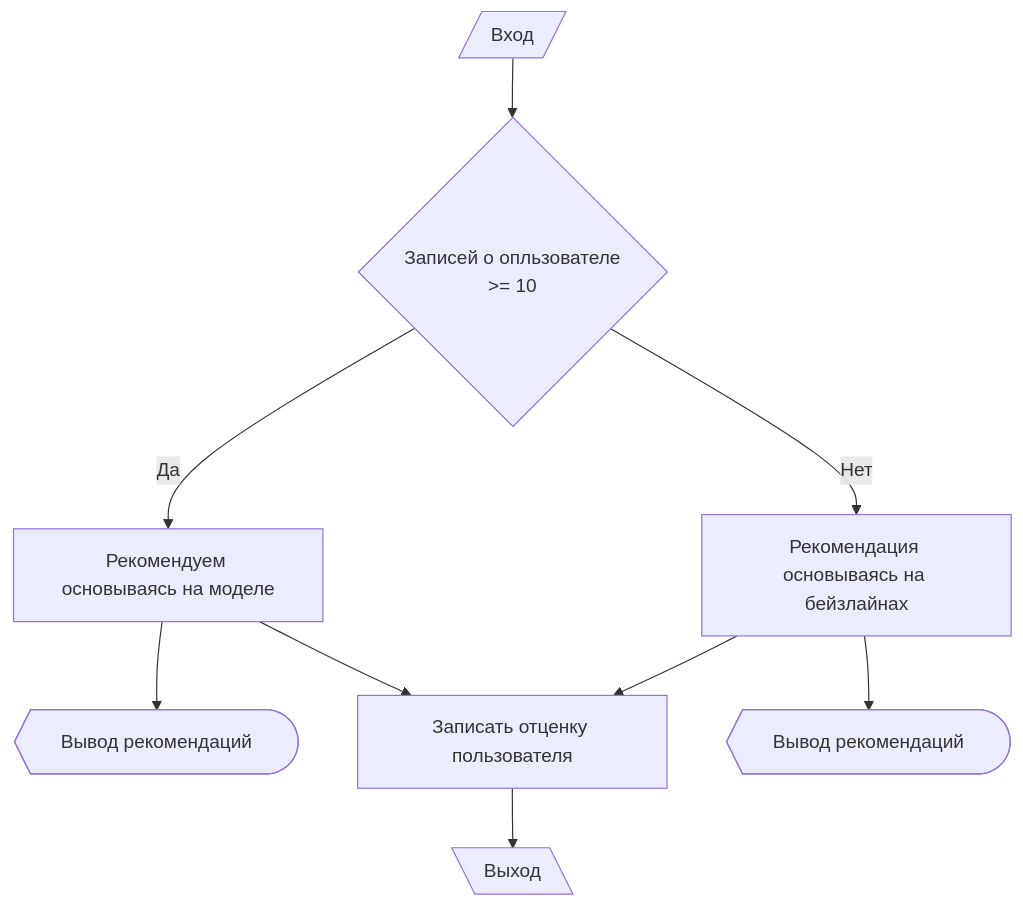
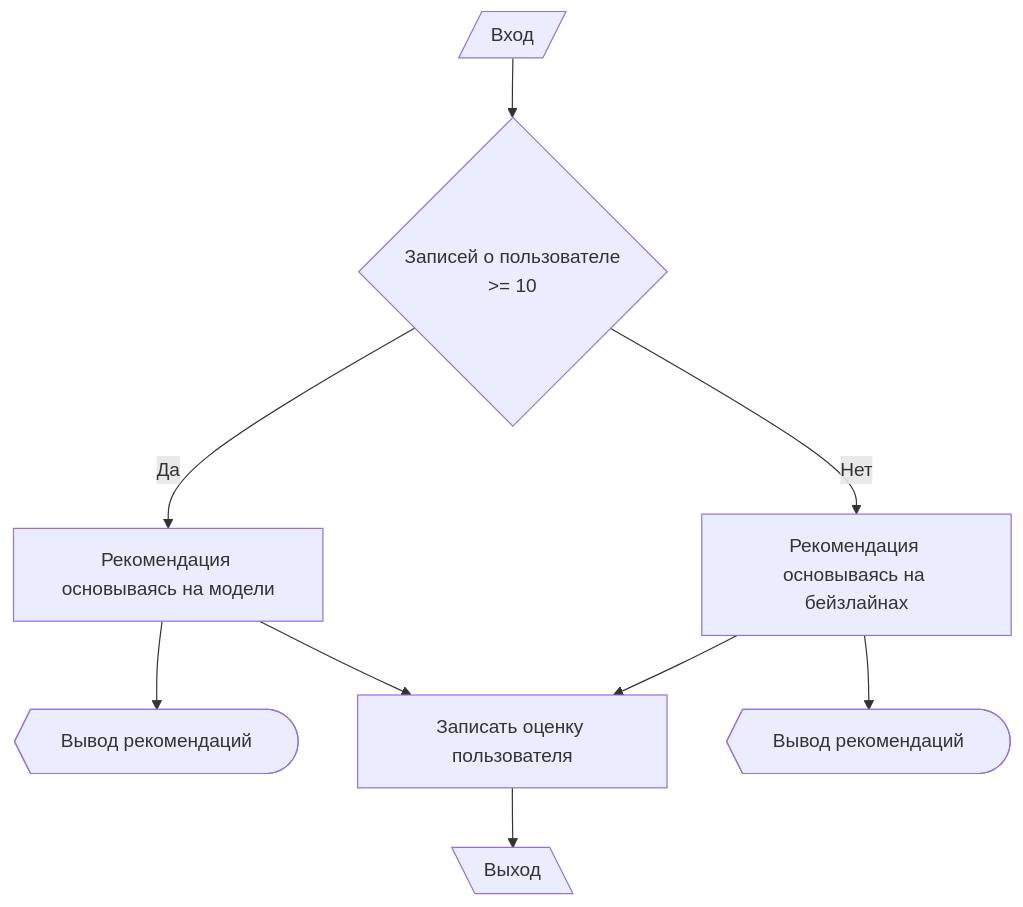
Before and after one commit to Kyrliyki/Project-Recommendations-: the third of 3 diagrams in docs/ARCHITECTURE.md, drawn with Mermaid. The commit also changed 15 other files, not shown here.

````diff
--- a/docs/ARCHITECTURE.md
+++ b/docs/ARCHITECTURE.md
@@ -76,31 +76,31 @@
 ```mermaid
 flowchart TB
 
-    C@{ label: "Записей о опльзователе<br style=\"--tw-scale-x:\">&gt;= 10" } -- Да --> D["Рекомендуем основываясь на моделе"]
+    C@{ label: "Записей о пользователе<br style=\"--tw-scale-x:\">&gt;= 10" } -- Да --> D["Рекомендация основываясь на модели"]
 
     C -- Нет --> F@{ label: "<span style=\"color:\">Рекомендация основываясь на <font face=\"-apple-system,\"><span style=\"font-size:\">бейзлайнах</span></font></span>" }
 
     A["Вход"] --> C
 
-    F --> n2["Записать отценку пользователя"] & n6["Вывод рекомендаций"]
+    F --> n2["Записать оценку пользователя"] & n6["Вывод рекомендаций"]
 
     D --> n7["Вывод рекомендаций"] & n2
 
     n2 --> n8["Выход"]
 
   
 
     C@{ shape: diam}
 
     F@{ shape: rect}
 
     A@{ shape: lean-r}
 
     n2@{ shape: rect}
 
     n6@{ shape: display}
 
     n7@{ shape: display}
 
     n8@{ shape: lean-l}
 ```
````
